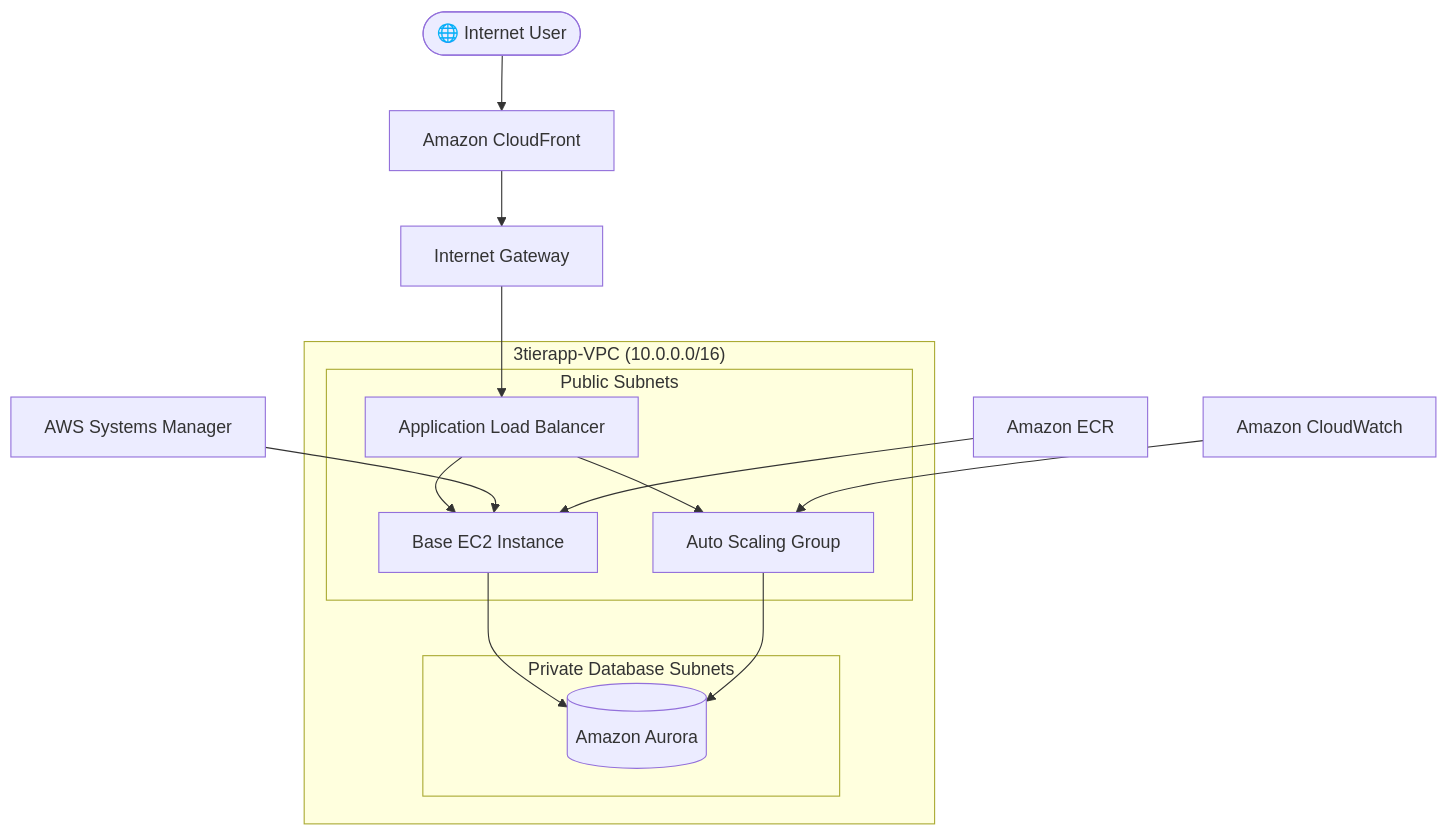
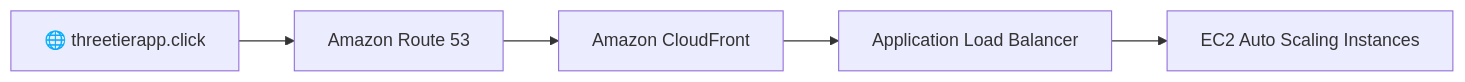
One commit to 15Vaibhavparte/3Tier-app-Capstone1 changed the fourth of 7 diagrams in README.md. Above: the diagram before and after it, drawn with Mermaid. The commit also changed other lines of this file, not shown here.

````diff
--- a/README.md
+++ b/README.md
@@ -213,43 +681,13 @@
 ```mermaid
-graph TD
+graph LR
+    Domain["🌐 threetierapp.click"]
+    R53["Amazon Route 53"]
+    CF["Amazon CloudFront"]
+    ALB["Application Load Balancer"]
+    EC2["EC2 Auto Scaling Instances"]
 
-User([🌐 Internet User])
-
-User --> CF[Amazon CloudFront]
-
-CF --> IGW[Internet Gateway]
-
-IGW --> ALB[Application Load Balancer]
-
-subgraph VPC["3tierapp-VPC (10.0.0.0/16)"]
-
-subgraph Public["Public Subnets"]
-
-ALB --> EC2[Base EC2 Instance]
-
-ALB --> ASG[Auto Scaling Group]
-
-end
-
-subgraph Private["Private Database Subnets"]
-
-EC2 --> Aurora[(Amazon Aurora)]
-
-ASG --> Aurora
-
-end
-
-end
-
-SSM[AWS Systems Manager]
-
-ECR[Amazon ECR]
-
-CW[Amazon CloudWatch]
-
-SSM --> EC2
-
-ECR --> EC2
-
-CW --> ASG
+    Domain --> R53
+    R53 --> CF
+    CF --> ALB
+    ALB --> EC2
 ```
````
